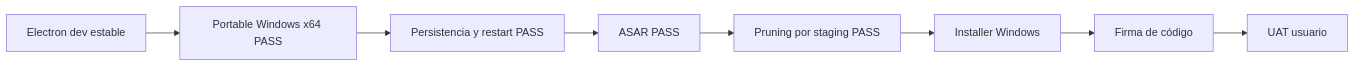
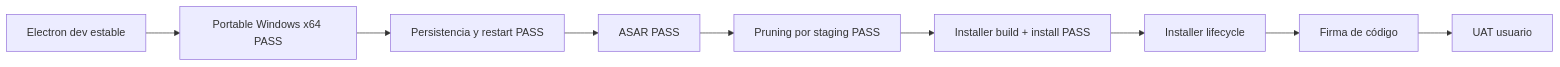
One commit to cmartinezs/personal-tax-ledger changed the fourth of 4 diagrams in docs/desktop-electron.md. Above: the diagram before and after it, drawn with Mermaid. The commit also changed other lines of this file, not shown here.

Commit message:
docs: record successful Windows installer launch

````diff
--- a/docs/desktop-electron.md
+++ b/docs/desktop-electron.md
@@ -188,10 +190,11 @@
 ```mermaid
 flowchart LR
     A[Electron dev estable] --> B[Portable Windows x64 PASS]
     B --> C[Persistencia y restart PASS]
     C --> D[ASAR PASS]
     D --> E[Pruning por staging PASS]
-    E --> F[Installer Windows]
-    F --> G[Firma de código]
-    G --> H[UAT usuario]
+    E --> F[Installer build + install PASS]
+    F --> G[Installer lifecycle]
+    G --> H[Firma de código]
+    H --> I[UAT usuario]
 ```
````
